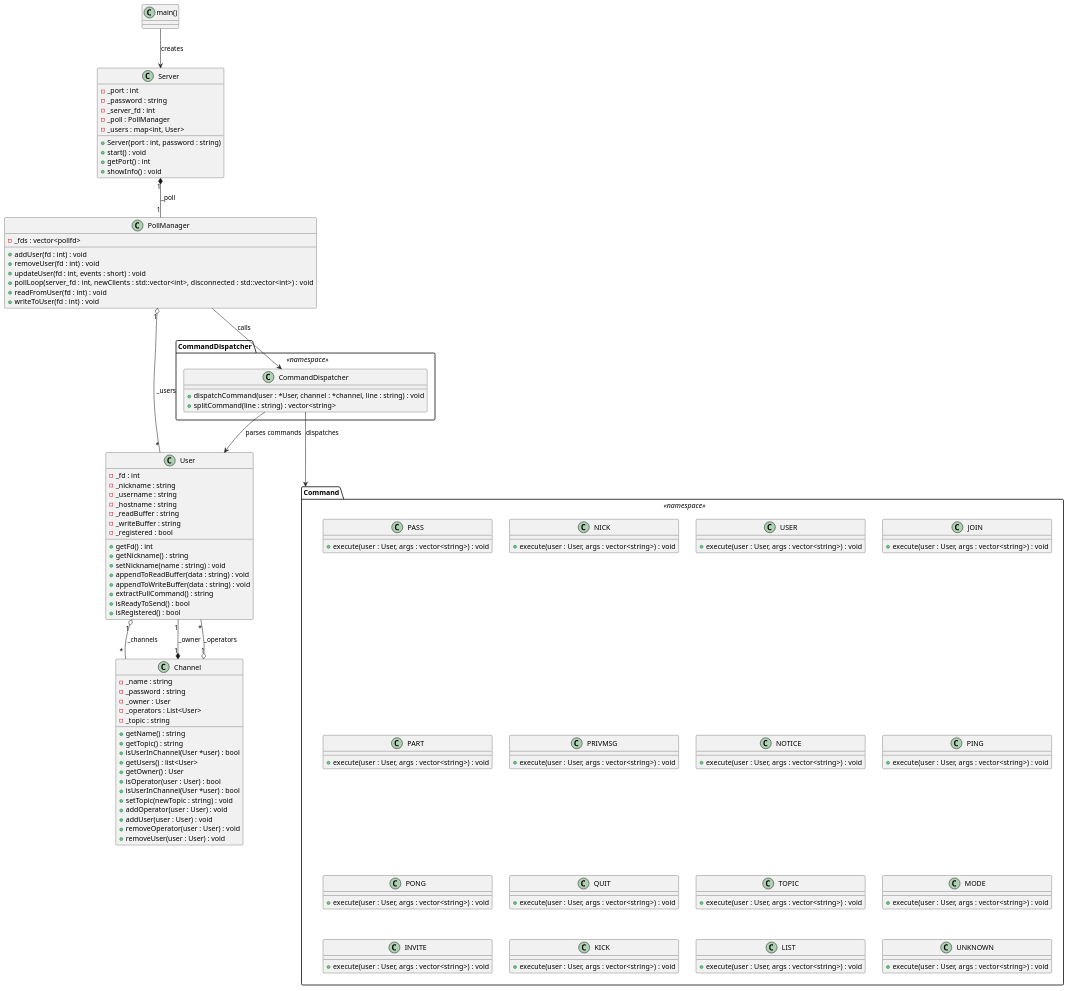
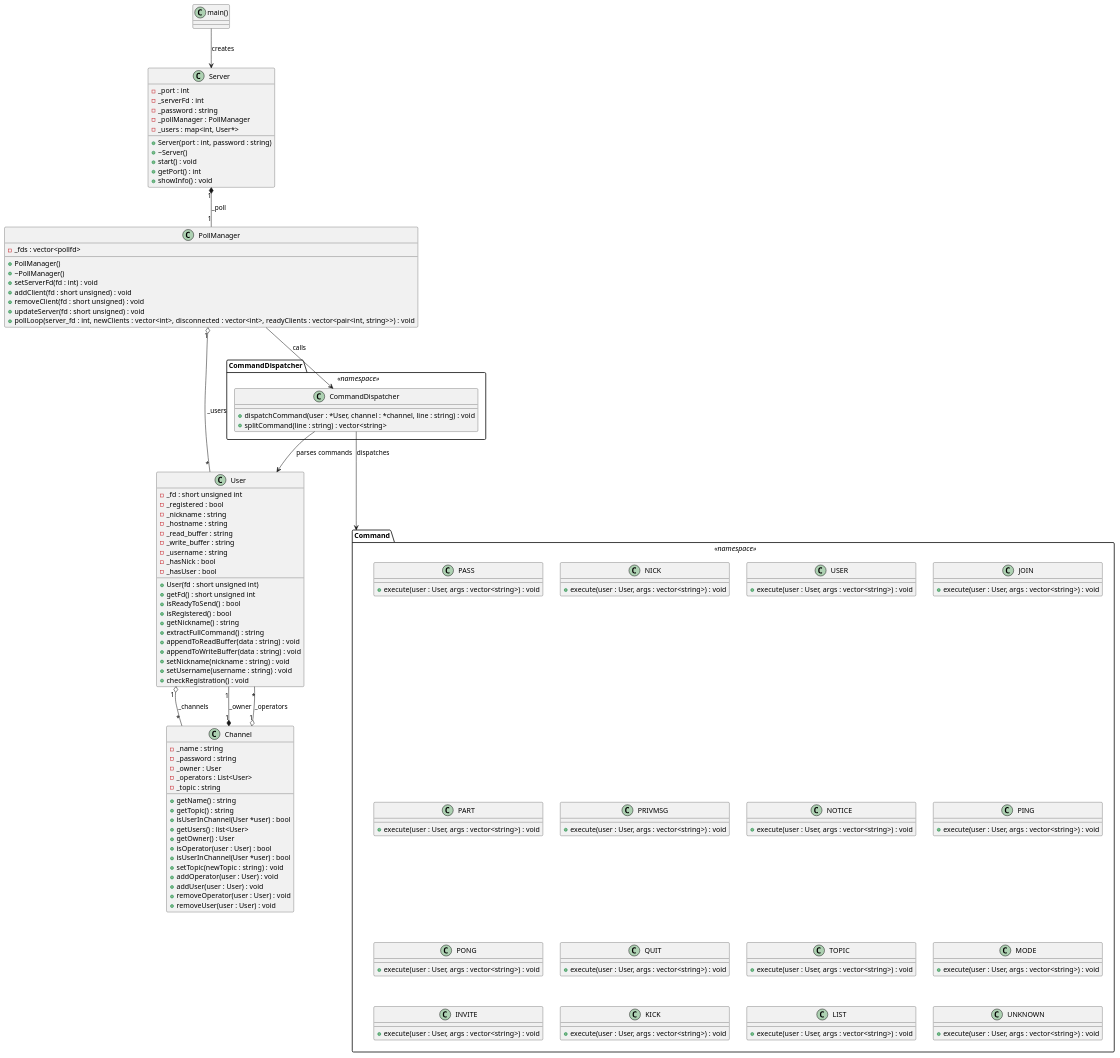
The diagram in diagram.puml (EniumRaphael/ft_irc), drawn with PlantUML before and after one commit. The commit also changed 5 other files, not shown here.

```diff
--- a/diagram.puml
+++ b/diagram.puml
@@ -1,161 +1,167 @@
 @startuml "IRC Server - Detailed UML"
 
 ' ========================
 '         ENTRY: main()
 ' ========================
 class "main()"
 
 ' ========================
 '         CLASS: Server
 ' ========================
 class Server {
     - _port : int
+    - _serverFd : int
     - _password : string
-    - _server_fd : int
-    - _poll : PollManager
-    - _users : map<int, User>
+    - _pollManager : PollManager
+    - _users : map<int, User*>
 
     + Server(port : int, password : string)
+    + ~Server()
     + start() : void
     + getPort() : int
     + showInfo() : void
 }
 
 ' ============================
 '         CLASS: PollManager
 ' ============================
 class PollManager {
     - _fds : vector<pollfd>
 
-    + addUser(fd : int) : void
-    + removeUser(fd : int) : void
-    + updateUser(fd : int, events : short) : void
-    + pollLoop(server_fd : int, newClients : std::vector<int>,  disconnected : std::vector<int>) : void
-    + readFromUser(fd : int) : void
-    + writeToUser(fd : int) : void
+    + PollManager()
+    + ~PollManager()
+    + setServerFd(fd : int) : void
+    + addClient(fd : short unsigned) : void
+    + removeClient(fd : short unsigned) : void
+    + updateServer(fd : short unsigned) : void
+    + pollLoop(server_fd : int, newClients : vector<int>, disconnected : vector<int>, readyClients : vector<pair<int, string>>) : void
 }
 
 ' ========================
 '         CLASS: User
 ' ========================
 class User {
-    - _fd : int
+    - _fd : short unsigned int
+    - _registered : bool
     - _nickname : string
+    - _hostname : string
+    - _read_buffer : string
+    - _write_buffer : string
     - _username : string
-    - _hostname : string
-    - _readBuffer : string
-    - _writeBuffer : string
-    - _registered : bool
-
-    + getFd() : int
+    - _hasNick : bool
+    - _hasUser : bool
+    
+    + User(fd : short unsigned int)
+    + getFd() : short unsigned int
+    + isReadyToSend() : bool
+    + isRegistered() : bool
     + getNickname() : string
-    + setNickname(name : string) : void
+    + extractFullCommand() : string
     + appendToReadBuffer(data : string) : void
     + appendToWriteBuffer(data : string) : void
-    + extractFullCommand() : string
-    + isReadyToSend() : bool
-    + isRegistered() : bool
+    + setNickname(nickname : string) : void
+    + setUsername(username : string) : void
+    + checkRegistration() : void
 }
-
 ' ========================
 '         CLASS: Channel
 ' ========================
 class Channel {
     - _name : string
     - _password : string
     - _owner : User
     - _operators : List<User>
     - _topic : string
 
     + getName() : string
 	+ getTopic() : string
 	+ isUserInChannel(User *user) : bool
 	+ getUsers() : list<User>
 	+ getOwner() : User
     + isOperator(user : User) : bool
 	+ isUserInChannel(User *user) : bool
     + setTopic(newTopic : string) : void
     + addOperator(user : User) : void
 	+ addUser(user : User) : void
     + removeOperator(user : User) : void
 	+ removeUser(user : User) : void
 }
 
 ' ====================================
 '  NAMESPACE: CommandDispatcher (static)
 ' ====================================
 package "CommandDispatcher" <<namespace>> {
     class CommandDispatcher {
         + dispatchCommand(user : *User, channel : *channel, line : string) : void
         + splitCommand(line : string) : vector<string>
     }
 }
 
 ' =============================
 '      NAMESPACE: Command
 ' =============================
 package "Command" <<namespace>> {
     class PASS {
         + execute(user : User, args : vector<string>) : void
     }
     class NICK {
         + execute(user : User, args : vector<string>) : void
     }
     class USER {
         + execute(user : User, args : vector<string>) : void
     }
     class JOIN {
         + execute(user : User, args : vector<string>) : void
     }
     class PART {
         + execute(user : User, args : vector<string>) : void
     }
     class PRIVMSG {
         + execute(user : User, args : vector<string>) : void
     }
     class NOTICE {
         + execute(user : User, args : vector<string>) : void
     }
     class PING {
         + execute(user : User, args : vector<string>) : void
     }
     class PONG {
         + execute(user : User, args : vector<string>) : void
     }
     class QUIT {
         + execute(user : User, args : vector<string>) : void
     }
     class TOPIC {
         + execute(user : User, args : vector<string>) : void
     }
     class MODE {
         + execute(user : User, args : vector<string>) : void
     }
     class INVITE {
         + execute(user : User, args : vector<string>) : void
     }
     class KICK {
         + execute(user : User, args : vector<string>) : void
     }
     class LIST {
         + execute(user : User, args : vector<string>) : void
     }
     class UNKNOWN {
         + execute(user : User, args : vector<string>) : void
     }
 }
 
 ' ========================
 '         RELATIONS
 ' ========================
 "main()" --> Server : creates
 Server "1" *-- "1" PollManager : _poll
 PollManager "1" o-- "*" User : _users
 User "1" o-- "*" Channel : _channels
 Channel "1" *-- "1" User : _owner
 Channel "1" o-- "*" User : _operators
 PollManager --> CommandDispatcher.CommandDispatcher : calls
 CommandDispatcher.CommandDispatcher --> Command : dispatches
 CommandDispatcher.CommandDispatcher --> User : parses commands
 
 @enduml
```
